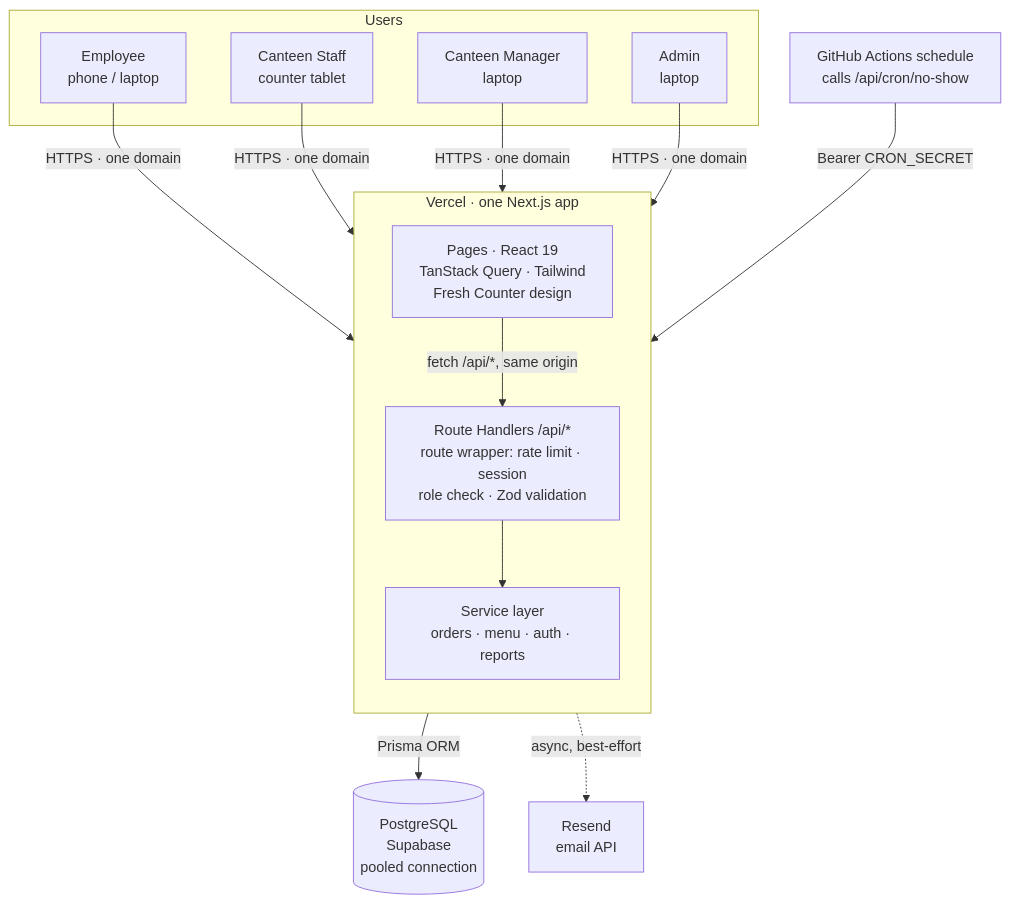
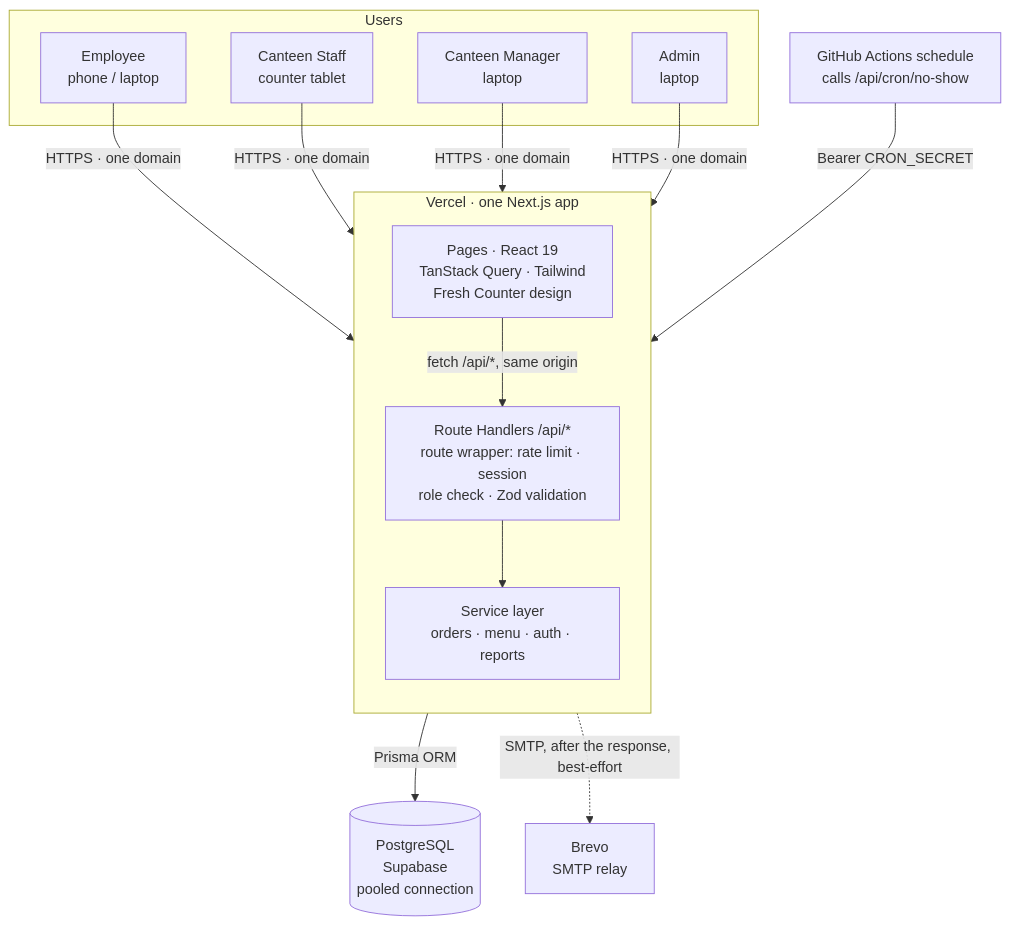
The first of 5 diagrams in docs/05-architecture.md (calvinanshul/RubicocanteenQ), drawn with Mermaid before and after one commit. The commit also changed other lines of this file and 12 other files, not shown here.

First line of the commit message:
Docs: welcome and role-change emails via Brevo SMTP

````diff
--- a/docs/05-architecture.md
+++ b/docs/05-architecture.md
@@ -9,27 +9,27 @@
 ```mermaid
 flowchart TB
     subgraph Users
         E[Employee<br/>phone / laptop]
         S[Canteen Staff<br/>counter tablet]
         M[Canteen Manager<br/>laptop]
         A[Admin<br/>laptop]
     end
 
     subgraph Vercel["Vercel · one Next.js app"]
         direction TB
         UI[Pages · React 19<br/>TanStack Query · Tailwind<br/>Fresh Counter design]
         API[Route Handlers /api/*<br/>route wrapper: rate limit · session<br/>role check · Zod validation]
         SVC[Service layer<br/>orders · menu · auth · reports]
     end
 
     GHA[GitHub Actions schedule<br/>calls /api/cron/no-show]
     DB[(PostgreSQL<br/>Supabase<br/>pooled connection)]
-    MAIL[Resend<br/>email API]
+    MAIL[Brevo<br/>SMTP relay]
 
     E & S & M & A -->|HTTPS · one domain| UI
     UI -->|fetch /api/*, same origin| API
     GHA -->|Bearer CRON_SECRET| API
     API --> SVC
     SVC -->|Prisma ORM| DB
-    SVC -.->|async, best-effort| MAIL
+    SVC -.->|SMTP, after the response, best-effort| MAIL
 ```
````
